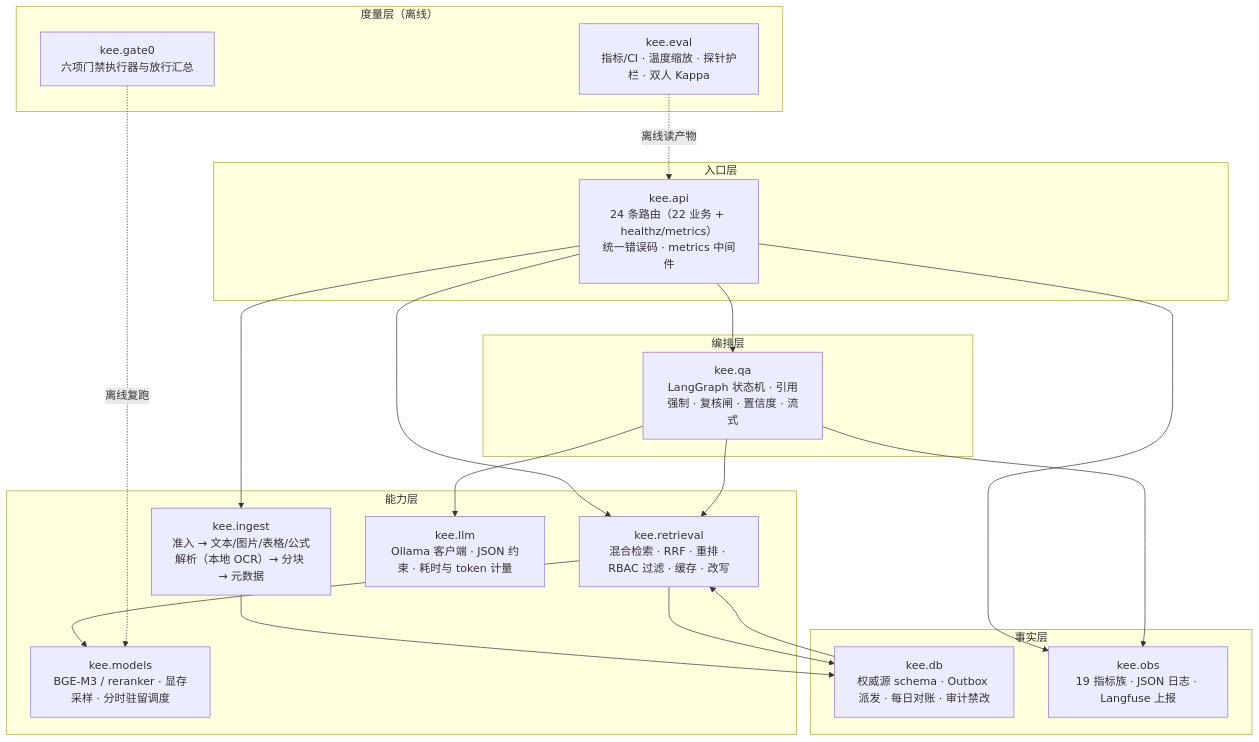
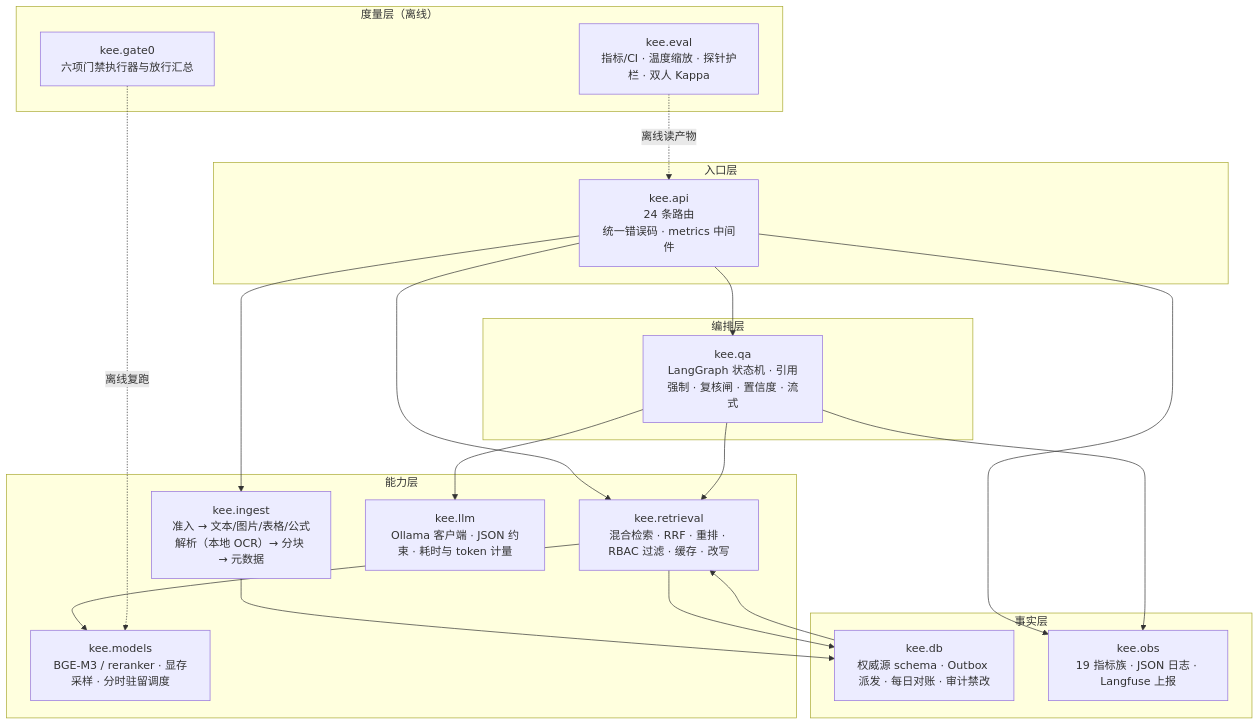
The second of 5 diagrams in Material/架构图文档.md (young0617-02/know-effect-engine), drawn with Mermaid before and after one commit. The commit also changed other lines of this file and 17 other files, not shown here.

````diff
--- a/Material/架构图文档.md
+++ b/Material/架构图文档.md
@@ -90,37 +94,37 @@
 ```mermaid
 flowchart TB
   subgraph L1["入口层"]
-    APIPY["kee.api<br/>24 条路由（22 业务 + healthz/metrics）<br/>统一错误码 · metrics 中间件"]
+    APIPY["kee.api<br/>24 条路由<br/>统一错误码 · metrics 中间件"]
   end
   subgraph L2["编排层"]
     QAPY["kee.qa<br/>LangGraph 状态机 · 引用强制 · 复核闸 · 置信度 · 流式"]
   end
   subgraph L3["能力层"]
     RET["kee.retrieval<br/>混合检索 · RRF · 重排 · RBAC 过滤 · 缓存 · 改写"]
     ING["kee.ingest<br/>准入 → 文本/图片/表格/公式解析（本地 OCR）→ 分块 → 元数据"]
     LLM["kee.llm<br/>Ollama 客户端 · JSON 约束 · 耗时与 token 计量"]
     MOD["kee.models<br/>BGE-M3 / reranker · 显存采样 · 分时驻留调度"]
   end
   subgraph L4["事实层"]
     DB["kee.db<br/>权威源 schema · Outbox 派发 · 每日对账 · 审计禁改"]
     OBS["kee.obs<br/>19 指标族 · JSON 日志 · Langfuse 上报"]
   end
   subgraph L5["度量层（离线）"]
     EVAL["kee.eval<br/>指标/CI · 温度缩放 · 探针护栏 · 双人 Kappa"]
     G0["kee.gate0<br/>六项门禁执行器与放行汇总"]
   end
 
   APIPY --> QAPY
   APIPY --> ING
   APIPY --> RET
   QAPY --> RET
   QAPY --> LLM
   RET --> MOD
   ING --> DB
   DB --> RET
   RET --> DB
   APIPY --> OBS
   QAPY --> OBS
   EVAL -.离线读产物.-> APIPY
   G0 -.离线复跑.-> MOD
 ```
````
